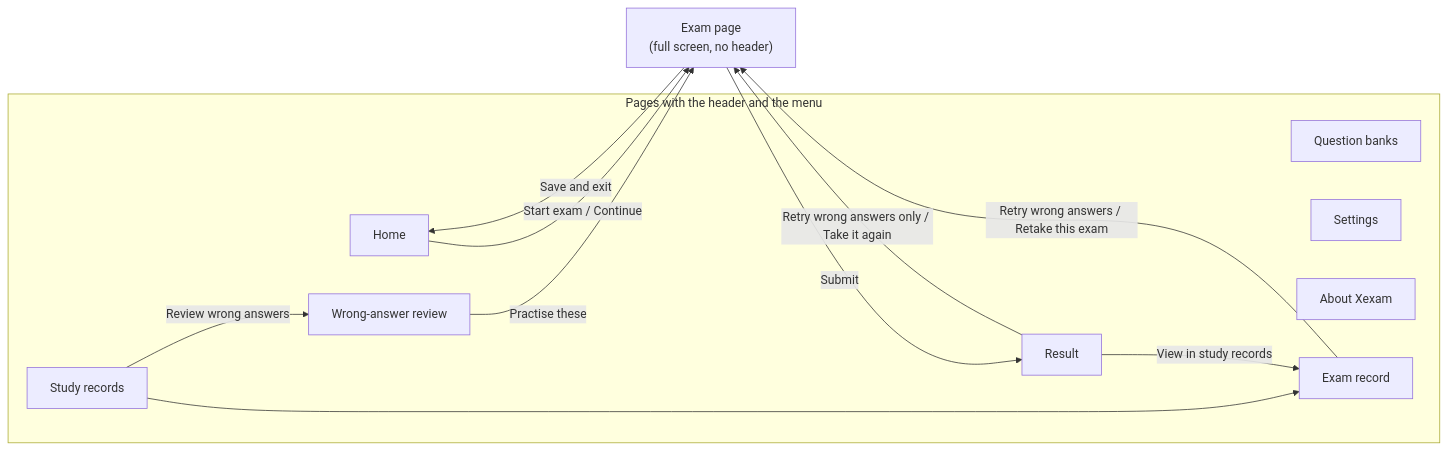
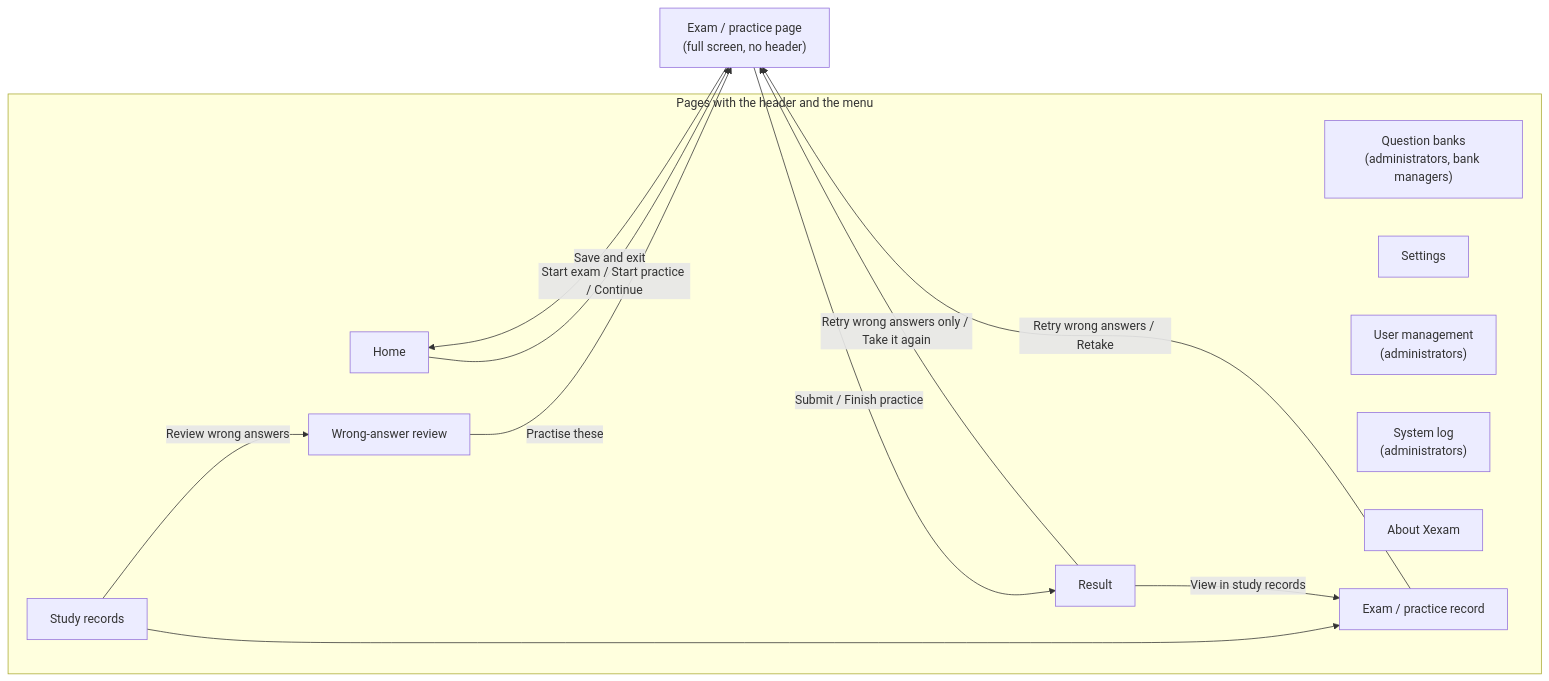
Before and after one commit to Yumin-Space/xexam: the sixth of 7 diagrams in README.md, drawn with Mermaid. The commit also changed other lines of this file and 295 other files, not shown here.

````diff
--- a/README.md
+++ b/README.md
@@ -800,23 +1070,25 @@
 ```mermaid
 flowchart LR
     subgraph shell["Pages with the header and the menu"]
         H["Home"]
-        BK["Question banks"]
+        BK["Question banks<br/>(administrators, bank managers)"]
         R["Study records"]
         S["Settings"]
+        U["User management<br/>(administrators)"]
+        L["System log<br/>(administrators)"]
         AB["About Xexam"]
-        D["Exam record"]
+        D["Exam / practice record"]
         W["Wrong-answer review"]
         RS["Result"]
     end
-    Q["Exam page<br/>(full screen, no header)"]
-    H -->|"Start exam / Continue"| Q
+    Q["Exam / practice page<br/>(full screen, no header)"]
+    H -->|"Start exam / Start practice / Continue"| Q
     Q -->|"Save and exit"| H
-    Q -->|"Submit"| RS
+    Q -->|"Submit / Finish practice"| RS
     RS -->|"Retry wrong answers only / Take it again"| Q
     RS -->|"View in study records"| D
     R --> D
     R -->|"Review wrong answers"| W
-    D -->|"Retry wrong answers / Retake this exam"| Q
+    D -->|"Retry wrong answers / Retake"| Q
     W -->|"Practise these"| Q
 ```
````
